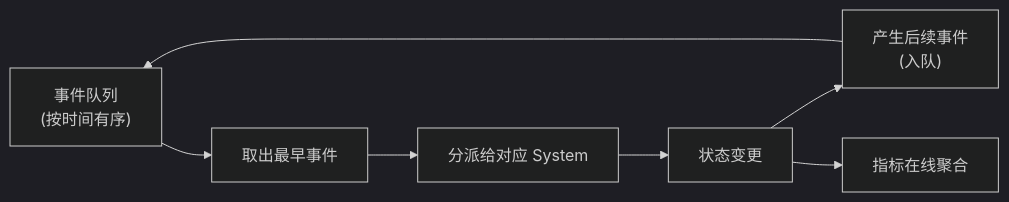
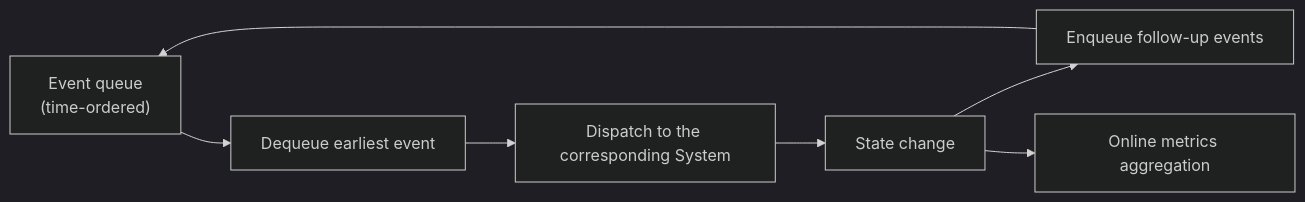
One commit to cuihairu/sandtable changed the diagram in docs/guide/04-kernel.md. Above: the diagram before and after it, drawn with Mermaid (dark theme). The commit also changed other lines of this file and 95 other files, not shown here.

````diff
--- a/docs/guide/04-kernel.md
+++ b/docs/guide/04-kernel.md
@@ -29,9 +29,9 @@
 ```mermaid
 flowchart LR
-    EQ["事件队列<br>(按时间有序)"] --> EV["取出最早事件"]
-    EV --> SYS["分派给对应 System"]
-    SYS --> ST["状态变更"]
-    ST --> NEW["产生后续事件<br>(入队)"]
+    EQ["Event queue<br>(time-ordered)"] --> EV["Dequeue earliest event"]
+    EV --> SYS["Dispatch to the corresponding System"]
+    SYS --> ST["State change"]
+    ST --> NEW["Enqueue follow-up events"]
     NEW --> EQ
-    ST --> AGG["指标在线聚合"]
+    ST --> AGG["Online metrics aggregation"]
 ```
````
